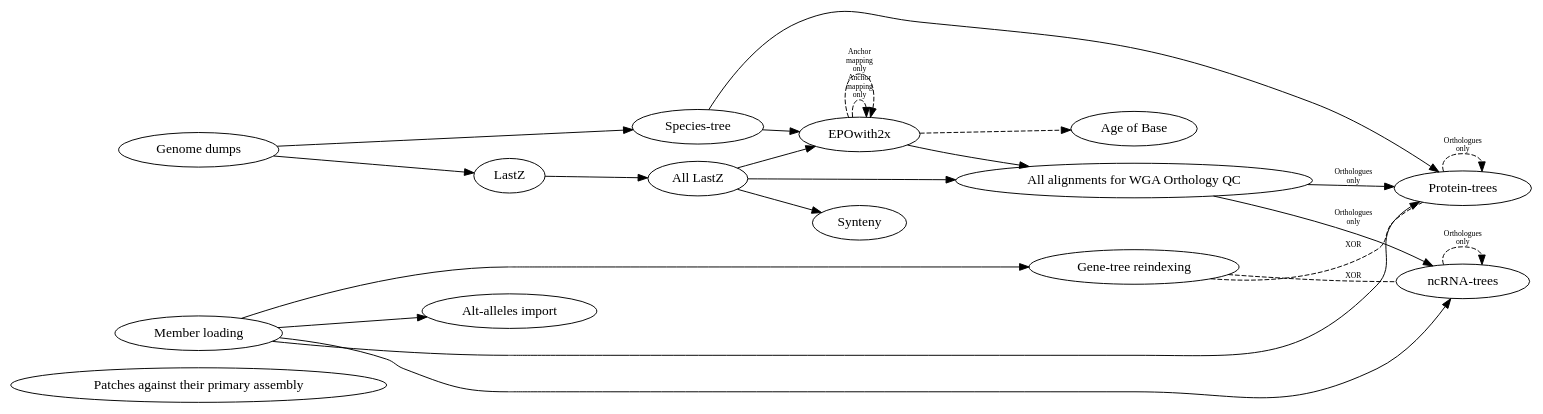
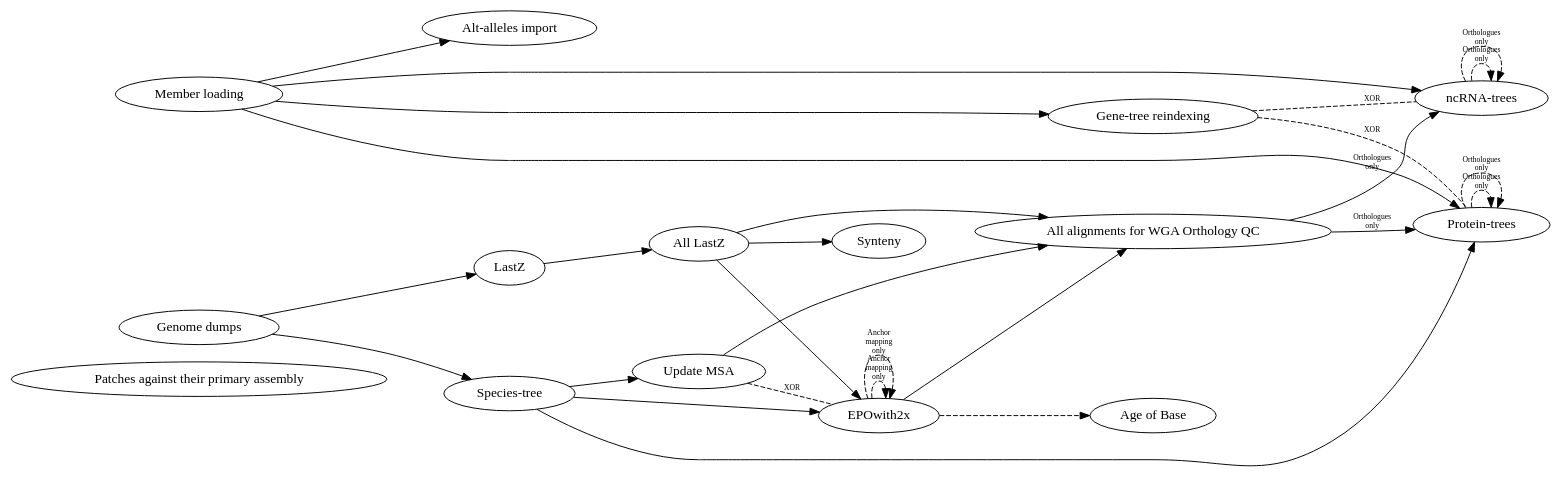
Before and after one commit to Ensembl/ensembl-compara: the diagram in scripts/jira_tickets/compara_merged.dot, drawn with Graphviz. The commit also changed 1 other file, not shown here.

Commit message:
updated dependency graph and vertebrates JIRA tickets

```diff
--- a/scripts/jira_tickets/compara_merged.dot
+++ b/scripts/jira_tickets/compara_merged.dot
@@ -1,24 +1,27 @@
 digraph {
     rankdir=LR;  # Left-to-right graph instead of top-to-bottom
     "Patches against their primary assembly";
 
     "Genome dumps" -> { "Species-tree", "LastZ" };
-    "Species-tree" -> { "EPOwith2x", "Protein-trees" };
+    "Species-tree" -> { "EPOwith2x", "Protein-trees", "Update MSA" };
     "All LastZ" -> "EPOwith2x";
     "Member loading" -> { "Protein-trees", "ncRNA-trees", "Gene-tree reindexing", "Alt-alleles import" };
-    {"All LastZ", "EPOwith2x"} -> "All alignments for WGA Orthology QC";
+    {"All LastZ", "EPOwith2x", "Update MSA"} -> "All alignments for WGA Orthology QC";
     "All alignments for WGA Orthology QC" -> "Protein-trees" [fontsize="8", label="Orthologues\nonly"];
     "All alignments for WGA Orthology QC" -> "ncRNA-trees" [fontsize="8", label="Orthologues\nonly"];
     "LastZ" -> "All LastZ" -> "Synteny";
 
     "Gene-tree reindexing" -> "ncRNA-trees" [style="dashed", dir=none, fontsize="8", label="XOR"];
     "Gene-tree reindexing" -> "Protein-trees" [style="dashed", dir=none, fontsize="8", label="XOR"];
     "EPOwith2x" -> "EPOwith2x" [style="dashed", fontsize="8", label="Anchor\nmapping\nonly", headport="Primates:e", tailport="Mammals:e"];
     "EPOwith2x" -> "EPOwith2x" [style="dashed", fontsize="8", label="Anchor\nmapping\nonly", headport="Pigs:e", tailport="Mammals:e"];
     "EPOwith2x" -> "Age of Base" [style="dashed", headport="Human:w", tailport="Mammals:e"];
+    "Update MSA" -> "EPOwith2x" [style="dashed", dir=none, fontsize="8", label="XOR"];
     "Protein-trees" -> "Protein-trees" [style="dashed", fontsize="8", label="Orthologues\nonly", headport="Murinae:e", tailport="Default vertebrates:e"];
+    "Protein-trees" -> "Protein-trees" [style="dashed", fontsize="8", label="Orthologues\nonly", headport="Pig breeds:e", tailport="Default vertebrates:e"];
     "ncRNA-trees" -> "ncRNA-trees" [style="dashed", fontsize="8", label="Orthologues\nonly", headport="Murinae:e", tailport="Default vertebrates:e"];
+    "ncRNA-trees" -> "ncRNA-trees" [style="dashed", fontsize="8", label="Orthologues\nonly", headport="Pig breeds:e", tailport="Default vertebrates:e"];
 
     // Helps laying out the graph
     {rank = same; "Genome dumps"; "Member loading"; }
 }
```
